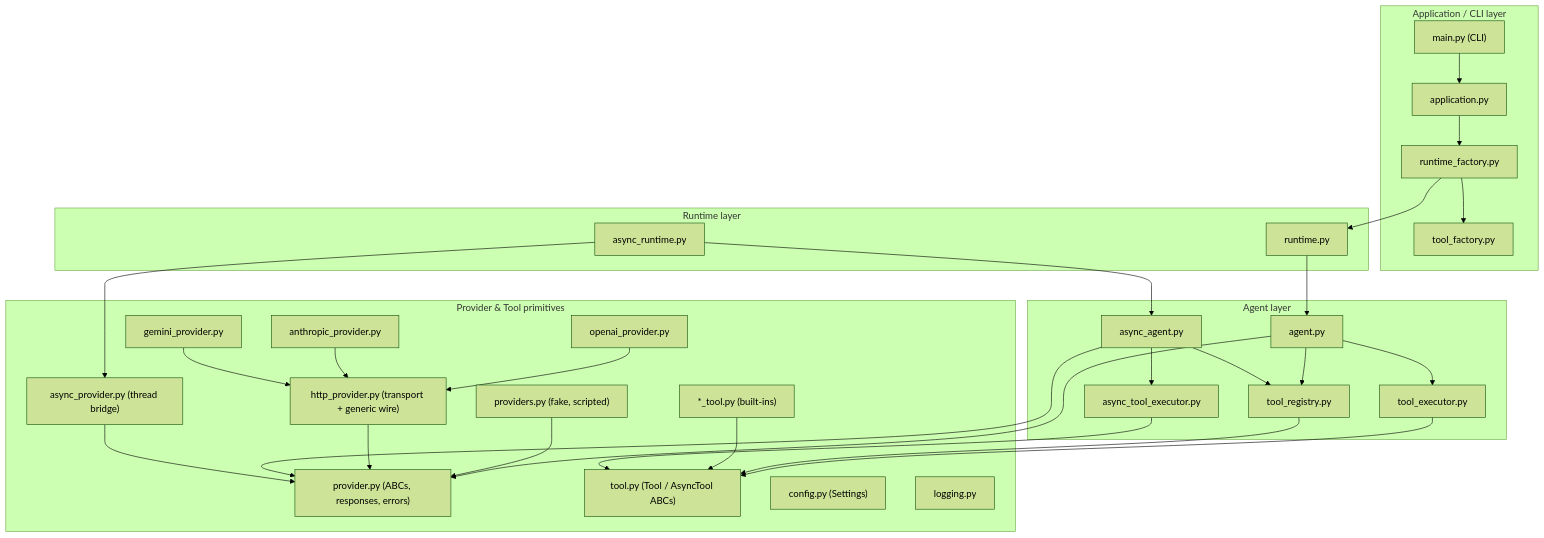
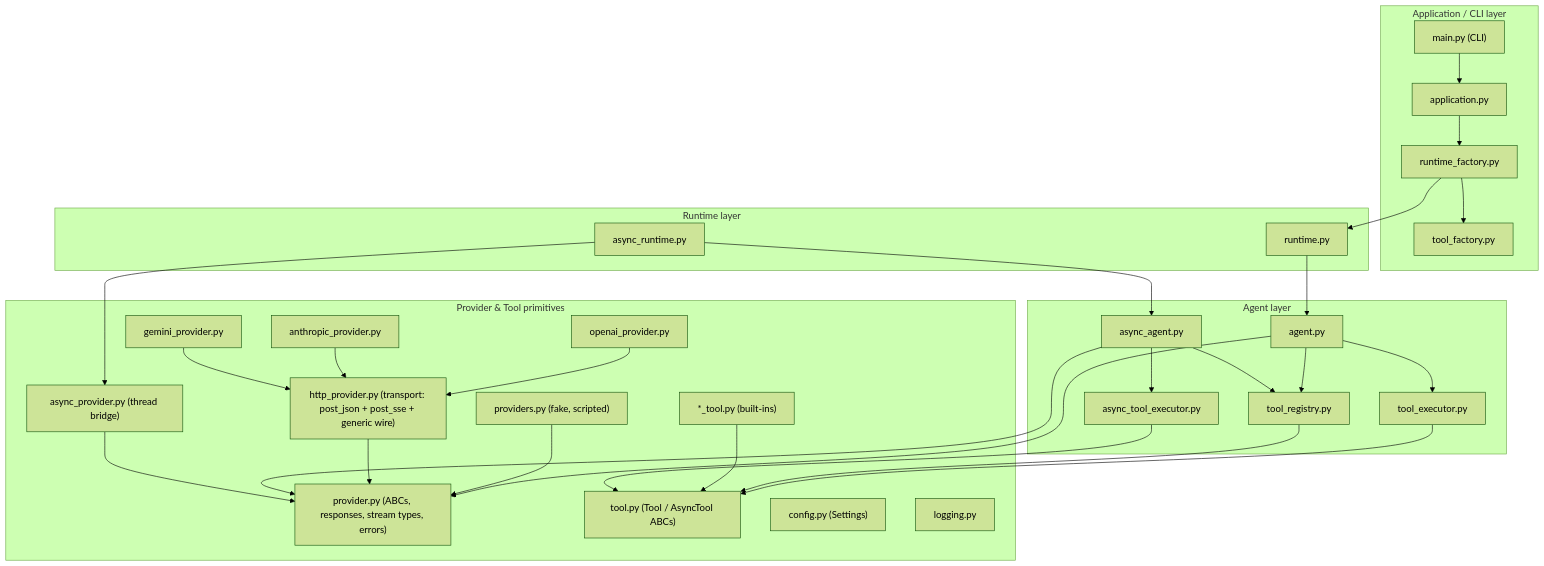
One commit to Abolfazlrwm/nexusagent changed the diagram in docs/architecture.md. Above: the diagram before and after it, drawn with Mermaid (forest theme). The commit also changed other lines of this file and 4 other files, not shown here.

First line of the commit message:
docs: document streaming responses (README, ADR 0009, architecture, status)

````diff
--- a/docs/architecture.md
+++ b/docs/architecture.md
@@ -8,54 +8,54 @@
 ```mermaid
 flowchart TB
     subgraph L4["Application / CLI layer"]
         MAIN["main.py (CLI)"]
         APP["application.py"]
         RF["runtime_factory.py"]
         TF["tool_factory.py"]
     end
     subgraph L3["Runtime layer"]
         RT["runtime.py"]
         ART["async_runtime.py"]
     end
     subgraph L2["Agent layer"]
         AG["agent.py"]
         AAG["async_agent.py"]
         TE["tool_executor.py"]
         ATE["async_tool_executor.py"]
         TRG["tool_registry.py"]
     end
     subgraph L1["Provider & Tool primitives"]
-        PR["provider.py (ABCs, responses, errors)"]
+        PR["provider.py (ABCs, responses, stream types, errors)"]
         APV["async_provider.py (thread bridge)"]
         PV["providers.py (fake, scripted)"]
-        HP["http_provider.py (transport + generic wire)"]
+        HP["http_provider.py (transport: post_json + post_sse + generic wire)"]
         OP["openai_provider.py"]
         ANP["anthropic_provider.py"]
         GNP["gemini_provider.py"]
         TL["tool.py (Tool / AsyncTool ABCs)"]
         CT["*_tool.py (built-ins)"]
         CF["config.py (Settings)"]
         LG["logging.py"]
     end
     MAIN --> APP --> RF --> RT
     RF --> TF
     RT --> AG
     AG --> TE
     AG --> TRG
     AG --> PR
     TE --> TL
     TRG --> TL
     PV --> PR
     HP --> PR
     OP --> HP
     ANP --> HP
     GNP --> HP
     CT --> TL
     ART --> AAG
     AAG --> ATE
     AAG --> TRG
     AAG --> PR
     ATE --> TL
     ART --> APV
     APV --> PR
 ```
````
